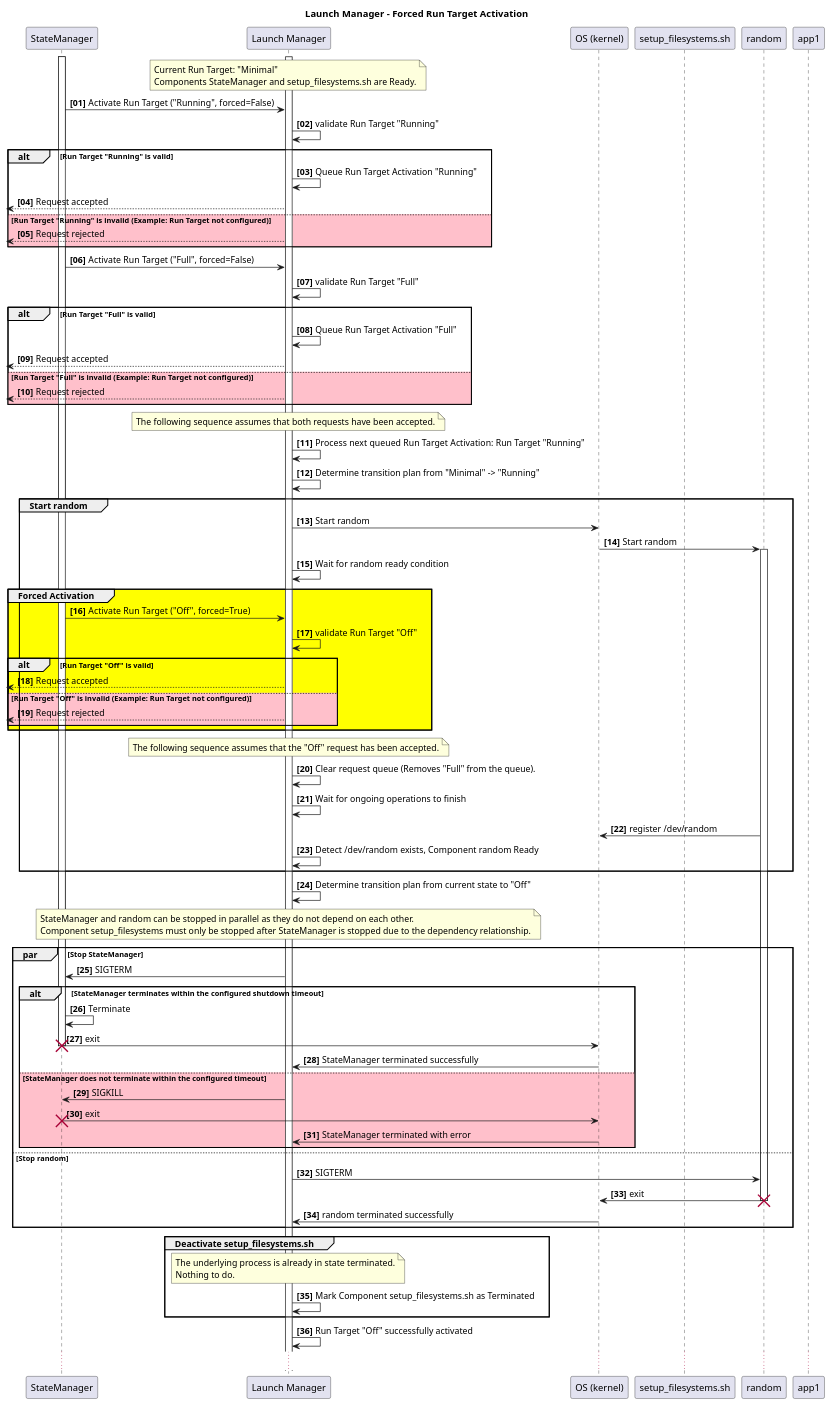
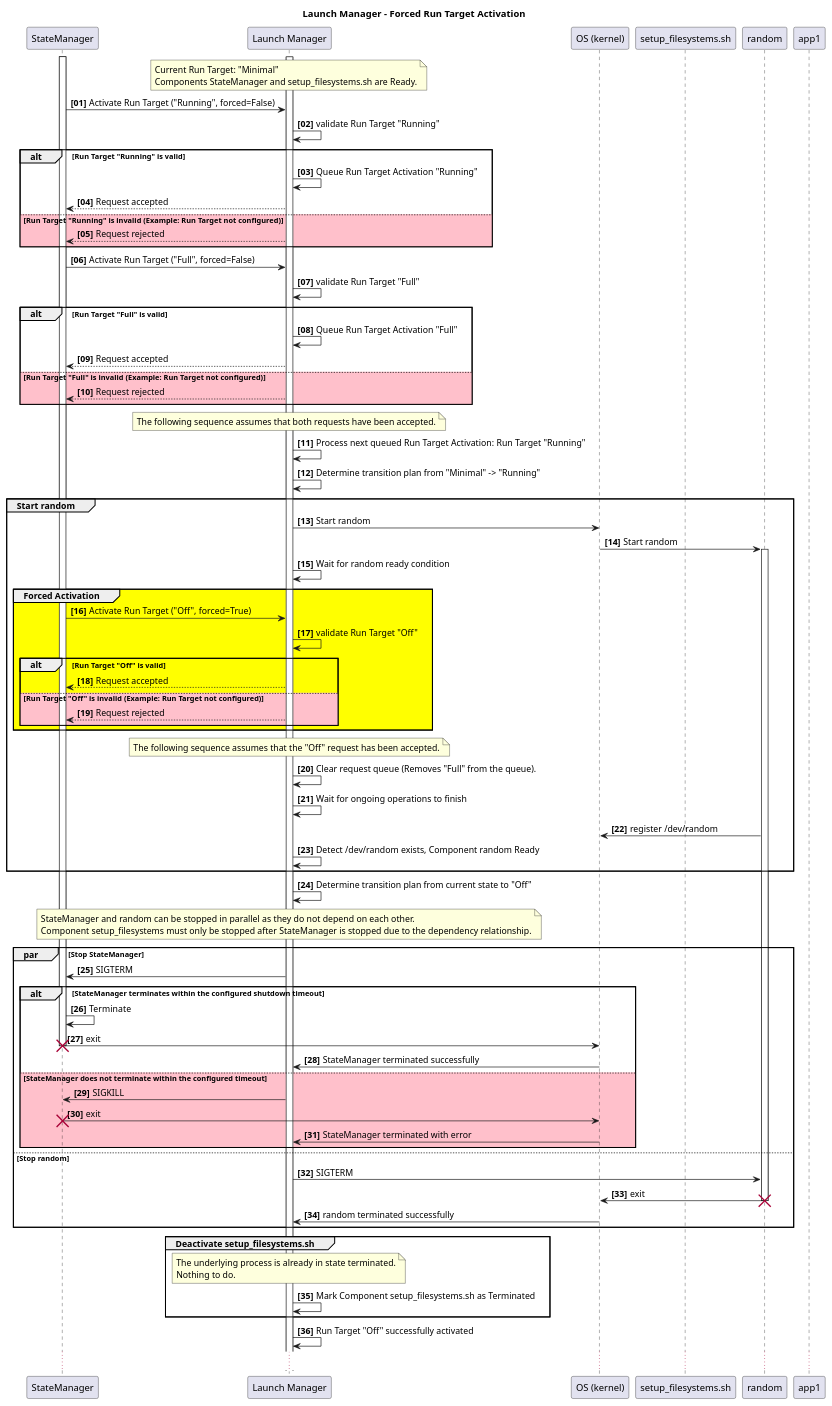
Before and after one commit to eclipse-score/lifecycle: the diagram in docs/features/lifecycle/architecture/_assets/control_interface_forced_activation.puml, drawn with PlantUML. The commit also changed 8 other files, not shown here.

```diff
--- a/docs/features/lifecycle/architecture/_assets/control_interface_forced_activation.puml
+++ b/docs/features/lifecycle/architecture/_assets/control_interface_forced_activation.puml
@@ -14,110 +14,110 @@
 @startuml
 title Launch Manager - Forced Run Target Activation
 
 autonumber "<b>[00]"
 
 participant "StateManager" as sm
 participant "Launch Manager" as LM
 participant "OS (kernel)" as kernel
 participant "setup_filesystems.sh" as fs
 participant "random" as ran
 participant "app1" as app1
 
 activate LM
 activate sm
 
 note over LM
 Current Run Target: "Minimal"
 Components StateManager and setup_filesystems.sh are Ready.
 end note
 
 sm -> LM : Activate Run Target ("Running", forced=False)
 LM -> LM: validate Run Target "Running"
 alt #White Run Target "Running" is valid
     LM -> LM: Queue Run Target Activation "Running"
-    [<-- LM: Request accepted
+    sm <-- LM: Request accepted
 else #Pink Run Target "Running" is invalid (Example: Run Target not configured)
-    [<-- LM: Request rejected
+    sm <-- LM: Request rejected
 end alt
 
 sm -> LM : Activate Run Target ("Full", forced=False)
 LM -> LM: validate Run Target "Full"
 alt #White Run Target "Full" is valid
     LM -> LM: Queue Run Target Activation "Full"
-    [<-- LM: Request accepted
+    sm <-- LM: Request accepted
 else #Pink Run Target "Full" is invalid (Example: Run Target not configured)
-    [<-- LM: Request rejected
+    sm <-- LM: Request rejected
 end alt
 
 note over LM
 The following sequence assumes that both requests have been accepted.
 end note
 
 LM -> LM: Process next queued Run Target Activation: Run Target "Running"
 LM -> LM: Determine transition plan from "Minimal" -> "Running"
 
 group #White Start random
     LM -> kernel : Start random
     kernel -> ran ++ : Start random
     LM -> LM : Wait for random ready condition
 
     group #Yellow Forced Activation
         sm -> LM : Activate Run Target ("Off", forced=True)
         LM -> LM: validate Run Target "Off"
         alt  Run Target "Off" is valid
-            [<-- LM: Request accepted
+            sm <-- LM: Request accepted
         else #Pink Run Target "Off" is invalid (Example: Run Target not configured)
-            [<-- LM: Request rejected
+            sm <-- LM: Request rejected
         end alt
     end group
 
     note over LM
     The following sequence assumes that the "Off" request has been accepted.
     end note
 
     LM -> LM : Clear request queue (Removes "Full" from the queue).
     LM -> LM : Wait for ongoing operations to finish
 
     ran -> kernel : register /dev/random
     LM -> LM : Detect /dev/random exists, Component random Ready
 end group
 
 LM -> LM : Determine transition plan from current state to "Off"
 
 note over LM
 StateManager and random can be stopped in parallel as they do not depend on each other.
 Component setup_filesystems must only be stopped after StateManager is stopped due to the dependency relationship.
 end note
 
 par Stop StateManager
     LM -> sm : SIGTERM
     alt StateManager terminates within the configured shutdown timeout
         sm -> sm : Terminate
         sm -> kernel : exit
         destroy sm
         kernel -> LM : StateManager terminated successfully
     else #pink StateManager does not terminate within the configured timeout
         LM -> sm : SIGKILL
         sm -> kernel : exit
         destroy sm
         kernel -> LM : StateManager terminated with error
     end alt
 else Stop random
     LM -> ran : SIGTERM
     ran -> kernel : exit
     destroy ran
     kernel -> LM : random terminated successfully
 end par
 
 group #White Deactivate setup_filesystems.sh
     note over LM
         The underlying process is already in state terminated.
         Nothing to do.
     end note
     LM -> LM : Mark Component setup_filesystems.sh as Terminated
 end group
 
 LM -> LM: Run Target "Off" successfully activated
 
 ...
 @enduml
```
